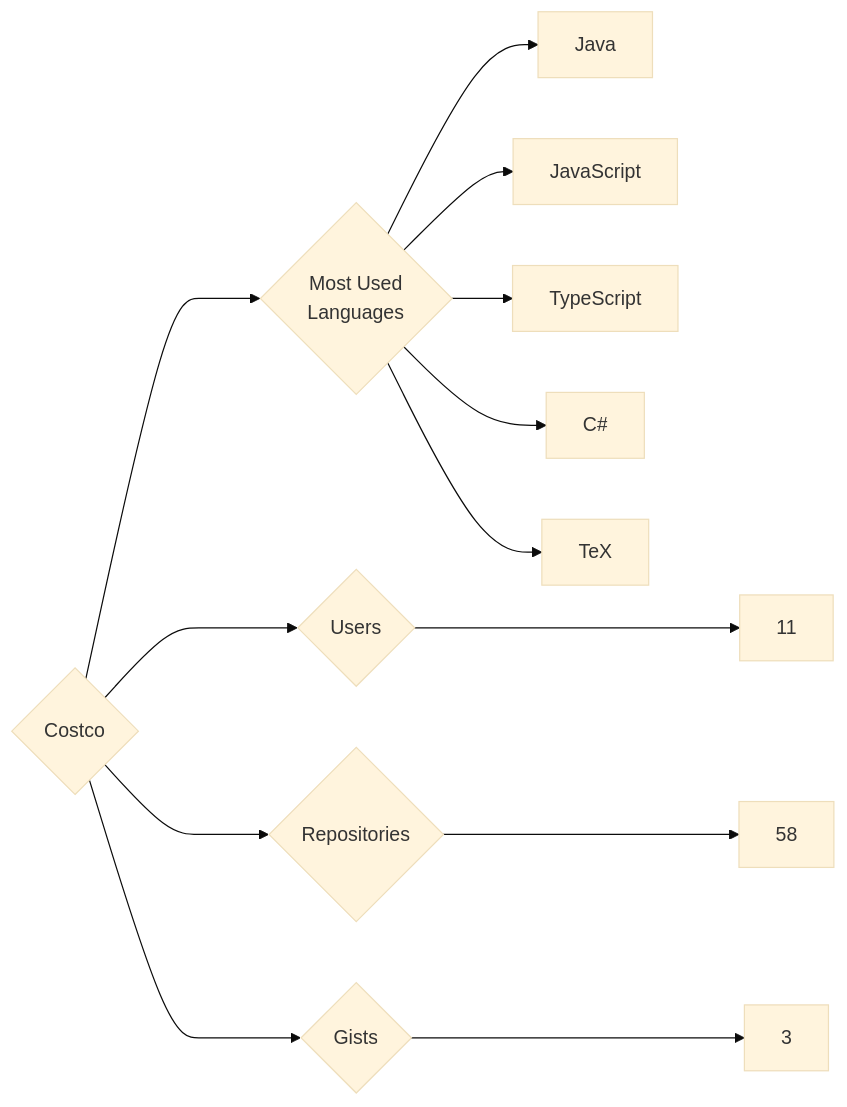
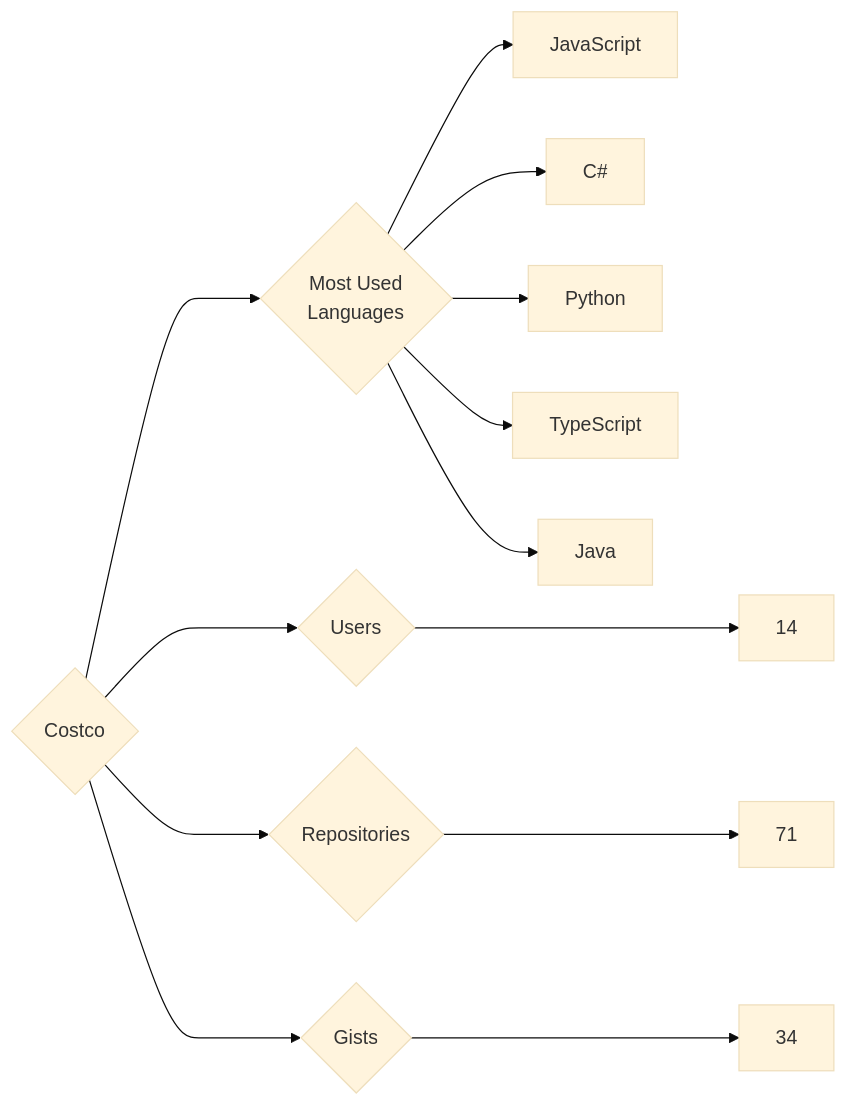
Before and after one commit to trickest/insiders: the diagram in targets/Costco/README.md, drawn with Mermaid (base theme). The commit also changed 870 other files, not shown here.

````diff
--- a/targets/Costco/README.md
+++ b/targets/Costco/README.md
@@ -3,13 +3,13 @@
 ```mermaid
 graph LR
 COMPANY_NAME{Costco}
-COMPANY_NAME ---> U{Users} ---> UN[11]
-COMPANY_NAME ---> R{Repositories} ---> RN[58]
-COMPANY_NAME ---> G{Gists} ---> GN[3]
+COMPANY_NAME ---> U{Users} ---> UN[14]
+COMPANY_NAME ---> R{Repositories} ---> RN[71]
+COMPANY_NAME ---> G{Gists} ---> GN[34]
 COMPANY_NAME ---> ML{Most Used<br>Languages}
+ML --> JavaScript[JavaScript]
+ML --> C#[C#]
+ML --> Python[Python]
+ML --> TypeScript[TypeScript]
 ML --> Java[Java]
-ML --> JavaScript[JavaScript]
-ML --> TypeScript[TypeScript]
-ML --> C#[C#]
-ML --> TeX[TeX]
 ```
````
